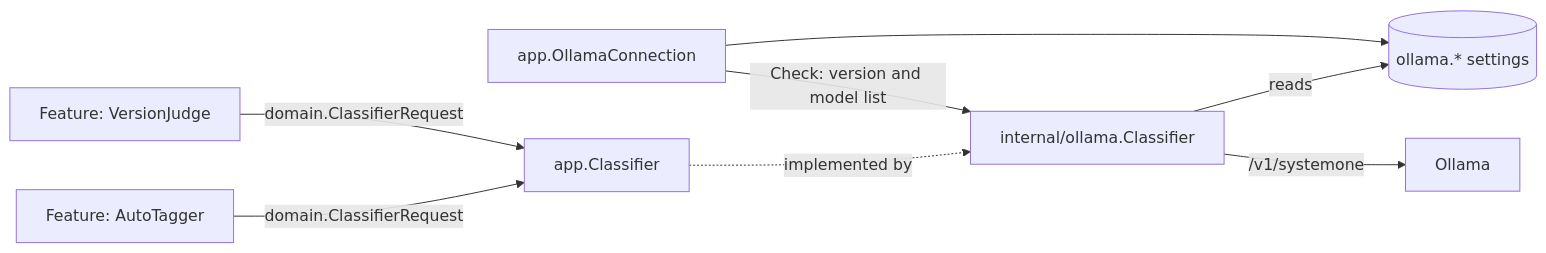
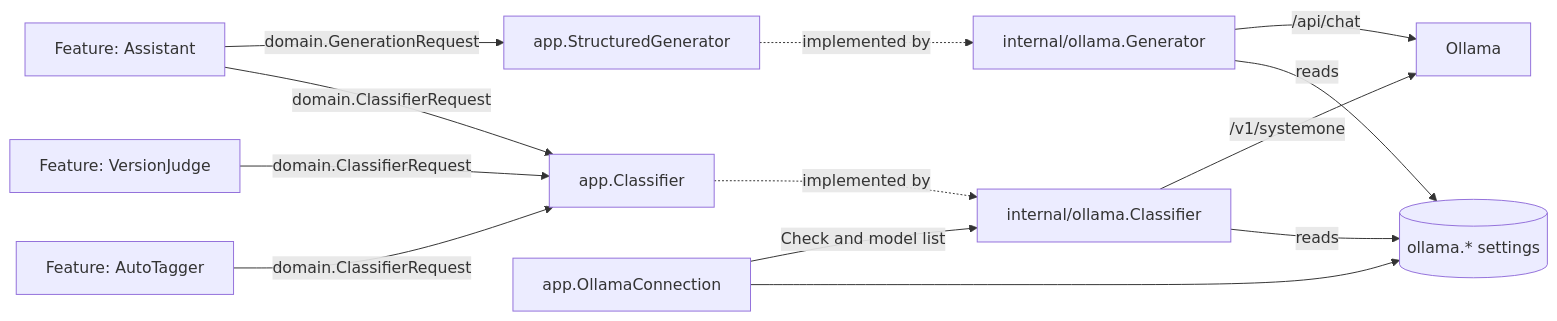
The diagram in docs/design-docs/ai-layer.md (syudead/vv), drawn with Mermaid before and after one commit. The commit also changed other lines of this file and 9 other files, not shown here.

First line of the commit message:
Document the assistant and check it end to end with a stub Ollama

````diff
--- a/docs/design-docs/ai-layer.md
+++ b/docs/design-docs/ai-layer.md
@@ -9,10 +10,15 @@
 ```mermaid
 flowchart LR
   feature[Feature: AutoTagger] -->|domain.ClassifierRequest| port[app.Classifier]
   judge[Feature: VersionJudge] -->|domain.ClassifierRequest| port
+  assistant[Feature: Assistant] -->|domain.ClassifierRequest| port
+  assistant -->|domain.GenerationRequest| gport[app.StructuredGenerator]
   port -.->|implemented by| ollama[internal/ollama.Classifier]
+  gport -.->|implemented by| gen[internal/ollama.Generator]
   ollama -->|reads| settings[(ollama.* settings)]
+  gen -->|reads| settings
   ollama -->|/v1/systemone| server[Ollama]
+  gen -->|/api/chat| server
   conn[app.OllamaConnection] --> settings
-  conn -->|Check: version and model list| ollama
+  conn -->|Check and model list| ollama
 ```
````
